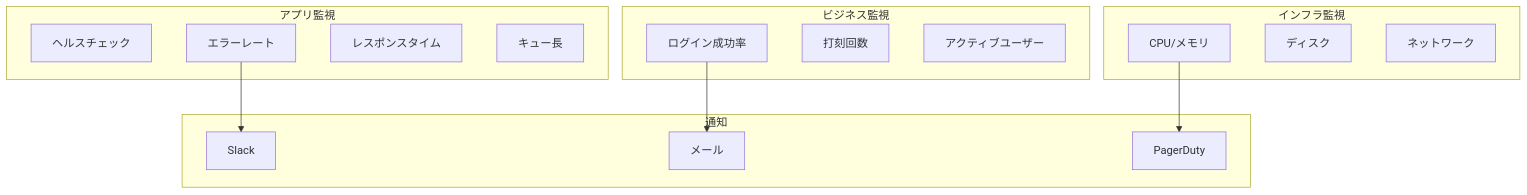
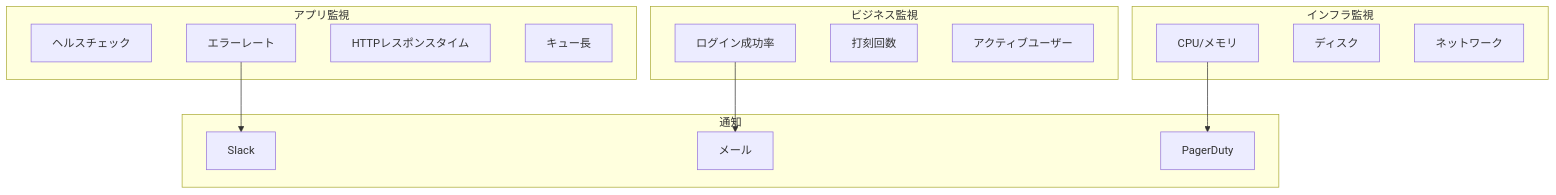
Before and after one commit to miyazakisora111/time-attendance: the first of 3 diagrams in docs/dev/monitoring-alerting.md, drawn with Mermaid. The commit also changed other lines of this file and 88 other files, not shown here.

````diff
--- a/docs/dev/monitoring-alerting.md
+++ b/docs/dev/monitoring-alerting.md
@@ -9,31 +9,31 @@
 ```mermaid
 graph TD
     subgraph "インフラ監視"
         CPU["CPU/メモリ"]
         Disk["ディスク"]
         Network["ネットワーク"]
     end
 
     subgraph "アプリ監視"
         Health["ヘルスチェック"]
         Error["エラーレート"]
-        Response["レスポンスタイム"]
+        Response["HTTPレスポンスタイム"]
         Queue["キュー長"]
     end
 
     subgraph "ビジネス監視"
         Login["ログイン成功率"]
         Clock["打刻回数"]
         Active["アクティブユーザー"]
     end
 
     subgraph "通知"
         Slack["Slack"]
         Email["メール"]
         PD["PagerDuty"]
     end
 
     Error --> Slack
     CPU --> PD
     Login --> Email
 ```
````
